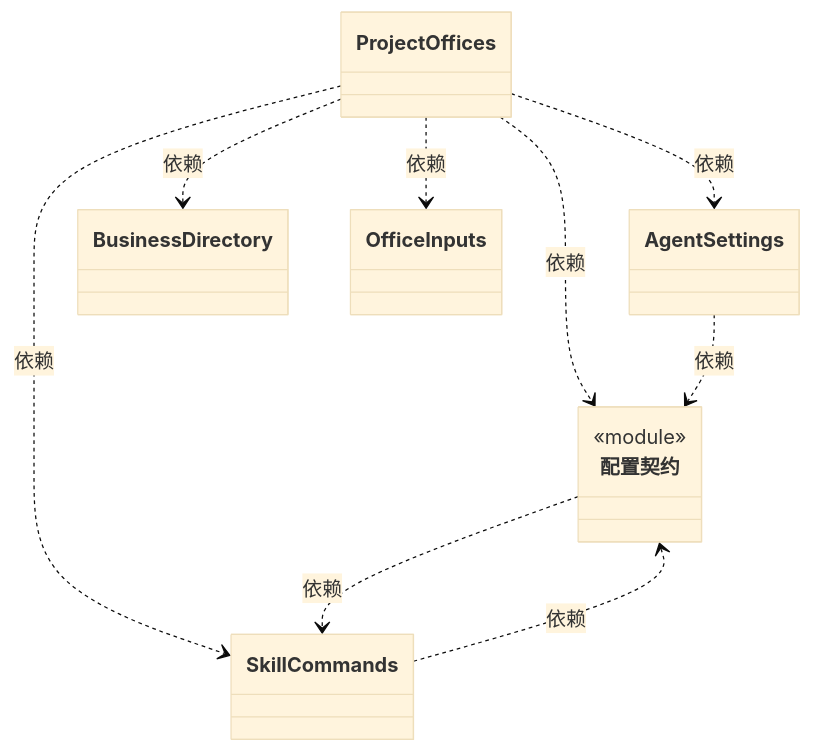
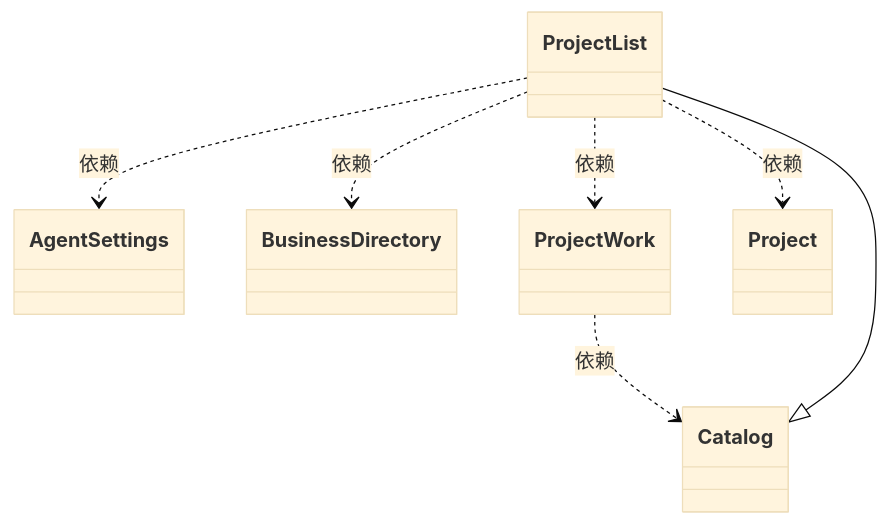
The second of 6 diagrams in src/logic/projects/ARCHITECTURE.md (nan023062/cbim), drawn with Mermaid (base theme) before and after one commit. The commit also changed other lines of this file and 113 other files, not shown here.

````diff
--- a/src/logic/projects/ARCHITECTURE.md
+++ b/src/logic/projects/ARCHITECTURE.md
@@ -78,25 +82,21 @@
 ```mermaid
 classDiagram
-class N_ca623181cbca["ProjectOffices"]
-click N_ca623181cbca href "offices.ts"
+class N_edd7d8b0ed1e["ProjectList"]
+click N_edd7d8b0ed1e href "project.ts"
+class N_0220cf8dfba9["Catalog"]
+click N_0220cf8dfba9 href "index.ts"
 class N_38697857182f["AgentSettings"]
 click N_38697857182f href "agent-settings.ts"
 class N_c2cf86ba4226["BusinessDirectory"]
 click N_c2cf86ba4226 href "business-directory.ts"
-class N_64258a8e666e["OfficeInputs"]
-click N_64258a8e666e href "office-inputs.ts"
-class N_4572655b68e5["SkillCommands"]
-click N_4572655b68e5 href "agent-configuration.ts"
-class N_2eafc332813f["配置契约"] {
-  <<module>>
-}
-click N_2eafc332813f href "agent-configuration.ts"
-N_ca623181cbca ..> N_38697857182f : 依赖
-N_ca623181cbca ..> N_c2cf86ba4226 : 依赖
-N_ca623181cbca ..> N_64258a8e666e : 依赖
-N_ca623181cbca ..> N_4572655b68e5 : 依赖
-N_ca623181cbca ..> N_2eafc332813f : 依赖
-N_38697857182f ..> N_2eafc332813f : 依赖
-N_4572655b68e5 ..> N_2eafc332813f : 依赖
-N_2eafc332813f ..> N_4572655b68e5 : 依赖
+class N_1d96f1fb55b3["ProjectWork"]
+click N_1d96f1fb55b3 href "project-work.ts"
+class N_04b72d19bcdf["Project"]
+click N_04b72d19bcdf href "project.ts"
+N_1d96f1fb55b3 ..> N_0220cf8dfba9 : 依赖
+N_0220cf8dfba9 <|-- N_edd7d8b0ed1e
+N_edd7d8b0ed1e ..> N_38697857182f : 依赖
+N_edd7d8b0ed1e ..> N_c2cf86ba4226 : 依赖
+N_edd7d8b0ed1e ..> N_1d96f1fb55b3 : 依赖
+N_edd7d8b0ed1e ..> N_04b72d19bcdf : 依赖
 ```
````
